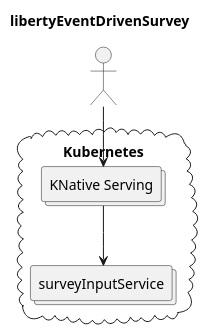
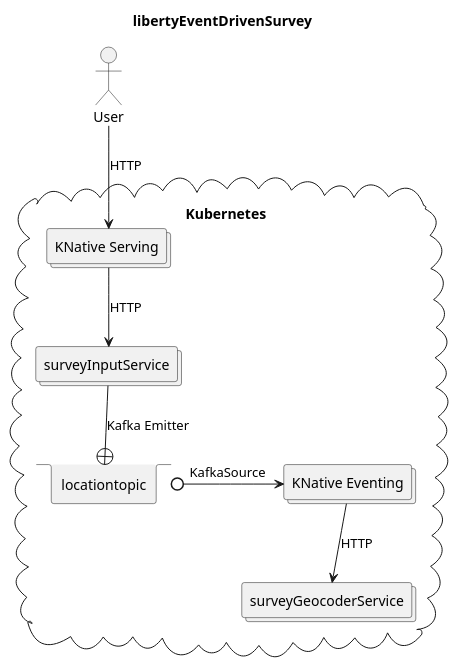
Before and after one commit to IBM/libertyEventDrivenSurvey: the diagram in doc/libertyEventDrivenSurvey-location.plantuml, drawn with PlantUML. The commit also changed 3 other files, not shown here.

Commit message:
Add PlantUML ASCII art output

```diff
--- a/doc/libertyEventDrivenSurvey-location.plantuml
+++ b/doc/libertyEventDrivenSurvey-location.plantuml
@@ -1,20 +1,27 @@
 @startuml
 
 title libertyEventDrivenSurvey
 
 skinparam monochrome true
 skinparam DefaultTextAlignment center
 scale 1.0
 
-actor user1 as " "
+actor user1 as "User"
 
 ' https://plantuml.com/deployment-diagram
+' Arrows: https://plantuml.com/deployment-diagram#bb3fdb917676e9ae
 cloud kubernetes as "Kubernetes" {
   collections knativeServing1 as "KNative Serving"
   collections surveyInputService
+  stack locationtopic
+  collections knativeServing2 as "KNative Eventing"
+  collections surveyGeocoderService
 }
 
-user1 --> knativeServing1
-knativeServing1 --> surveyInputService
+user1 --> knativeServing1 : HTTP
+knativeServing1 --> surveyInputService : HTTP
+surveyInputService --+ locationtopic : Kafka Emitter
+locationtopic 0-> knativeServing2 : KafkaSource
+knativeServing2 --> surveyGeocoderService : HTTP
 
 @enduml
```
